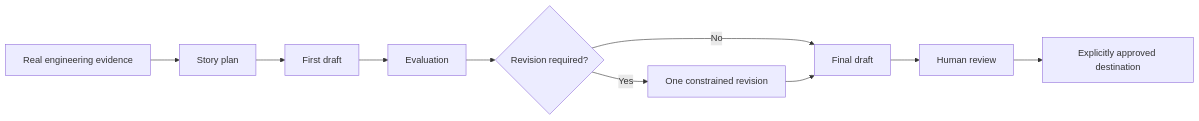
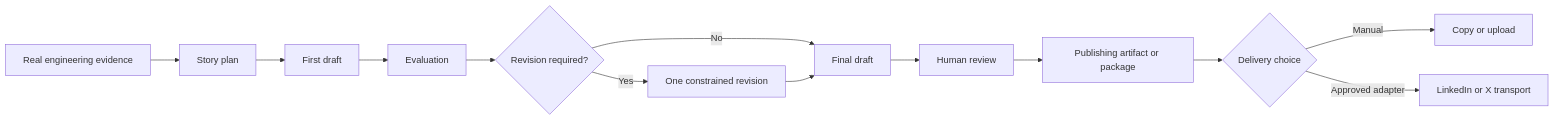
One commit to langju123456/BuildLog changed the diagram in README.md. Above: the diagram before and after it, drawn with Mermaid. The commit also changed other lines of this file and 9 other files, not shown here.

````diff
--- a/README.md
+++ b/README.md
@@ -99,12 +110,15 @@
 ```mermaid
 flowchart LR
     A["Real engineering evidence"] --> B["Story plan"]
     B --> C["First draft"]
     C --> D["Evaluation"]
     D --> E{"Revision required?"}
     E -->|"No"| G["Final draft"]
     E -->|"Yes"| F["One constrained revision"]
     F --> G
     G --> H["Human review"]
-    H --> I["Explicitly approved destination"]
+    H --> I["Publishing artifact or package"]
+    I --> J{"Delivery choice"}
+    J -->|"Manual"| K["Copy or upload"]
+    J -->|"Approved adapter"| L["LinkedIn or X transport"]
 ```
````
